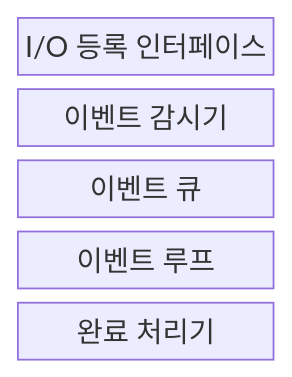
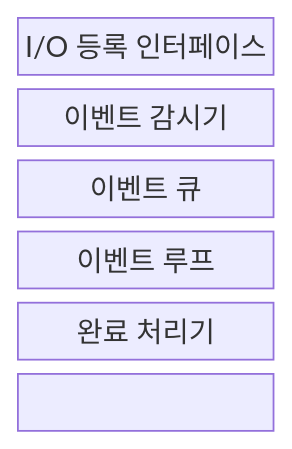
One commit to agnusdei1207/knowledge-base changed the first of 2 diagrams in src/content/docs/notes/03-software/026_async_io_event_loop.md. Above: the diagram before and after it, drawn with Mermaid. The commit also changed other lines of this file and 238 other files, not shown here.

````diff
--- a/src/content/docs/notes/03-software/026_async_io_event_loop.md
+++ b/src/content/docs/notes/03-software/026_async_io_event_loop.md
@@ -63,9 +63,11 @@
 ```mermaid
-block
+block-beta
   columns 1
   I["I/O 등록 인터페이스"]
   D["이벤트 감시기"]
   Q["이벤트 큐"]
   L["이벤트 루프"]
   H["완료 처리기"]
+  I --- D --- Q
+  Q --- L --- H
 ```
````
